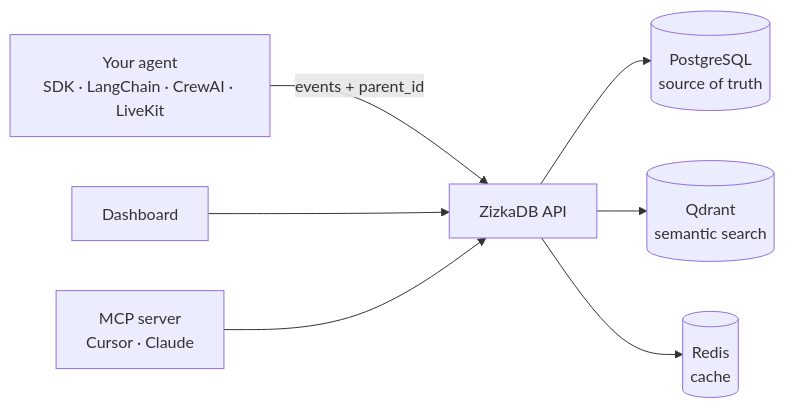
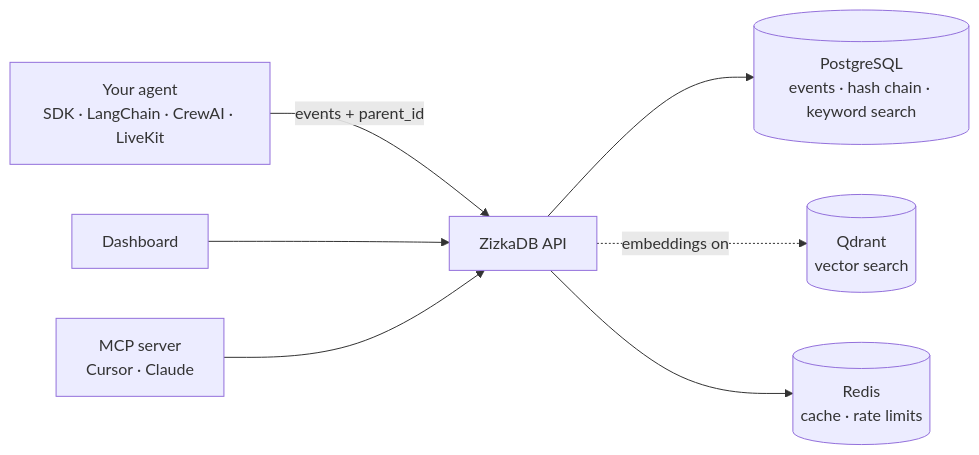
The diagram in README.md (ZIZKA-AI-SL/ZizkaDB), drawn with Mermaid before and after one commit. The commit also changed other lines of this file and 55 other files, not shown here.

````diff
--- a/README.md
+++ b/README.md
@@ -290,9 +306,9 @@
 ```mermaid
 flowchart LR
     A[Your agent<br/>SDK · LangChain · CrewAI · LiveKit] -->|events + parent_id| B[ZizkaDB API]
     D[Dashboard] --> B
     M[MCP server<br/>Cursor · Claude] --> B
-    B --> P[(PostgreSQL<br/>source of truth)]
-    B --> Q[(Qdrant<br/>semantic search)]
-    B --> R[(Redis<br/>cache)]
+    B --> P[(PostgreSQL<br/>events · hash chain · keyword search)]
+    B -.->|embeddings on| Q[(Qdrant<br/>vector search)]
+    B --> R[(Redis<br/>cache · rate limits)]
 ```
````
